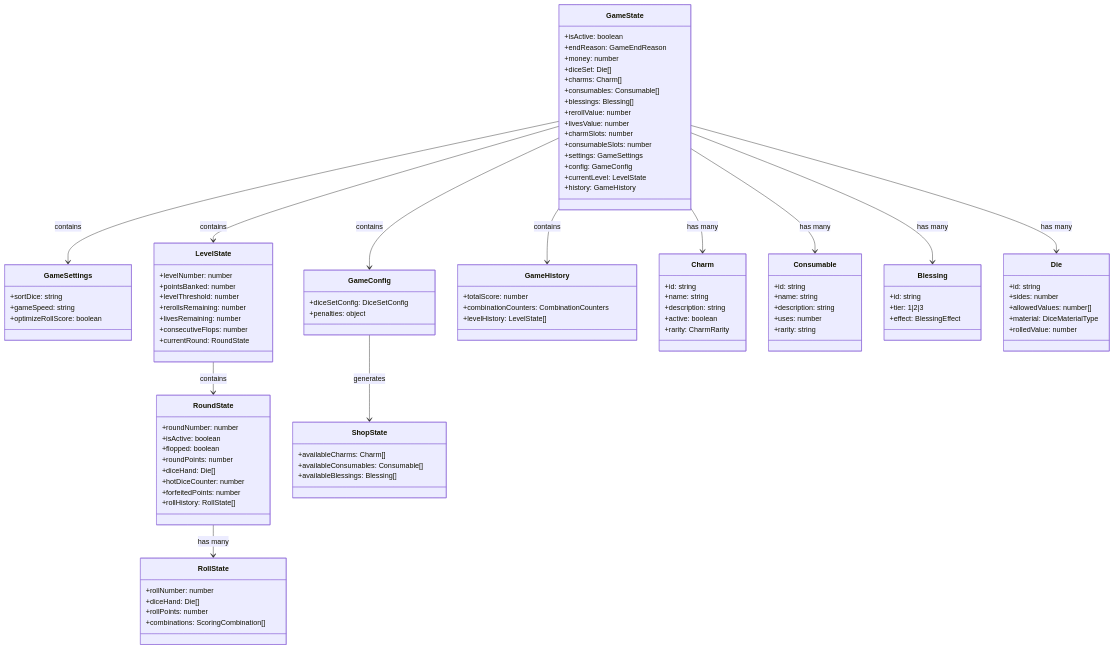
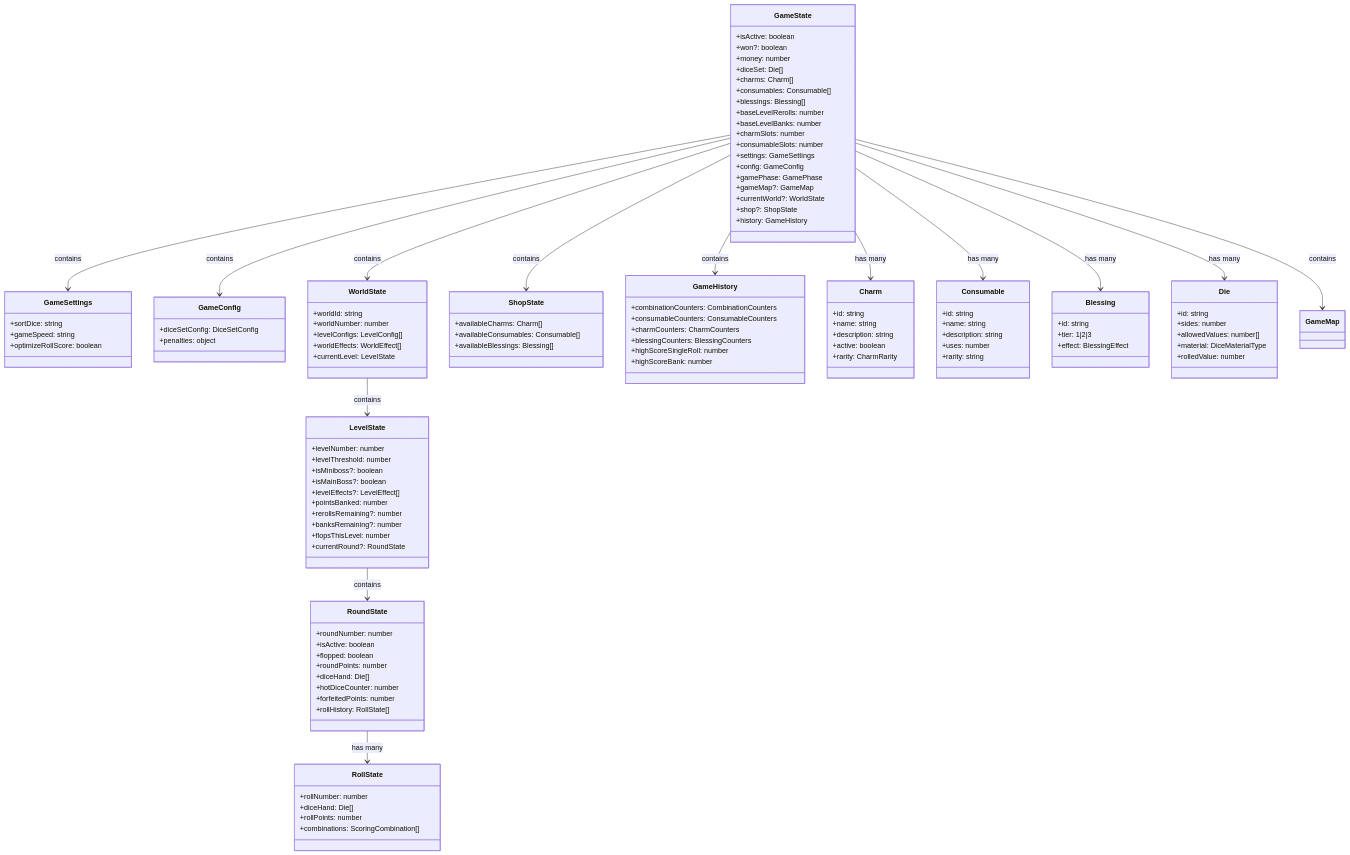
The first of 13 diagrams in docs/architecture/architecture-diagrams.md (bbeaudet-dev/rollio), drawn with Mermaid before and after one commit. The commit also changed other lines of this file and 8 other files, not shown here.

First line of the commit message:
Refactor useConsumableOnDiceSelection and fix reroll button UI

````diff
--- a/docs/architecture/architecture-diagrams.md
+++ b/docs/architecture/architecture-diagrams.md
@@ -8,19 +8,22 @@
 classDiagram
     class GameState {
         +isActive: boolean
-        +endReason: GameEndReason
+        +won?: boolean
         +money: number
         +diceSet: Die[]
         +charms: Charm[]
         +consumables: Consumable[]
         +blessings: Blessing[]
-        +rerollValue: number
-        +livesValue: number
+        +baseLevelRerolls: number
+        +baseLevelBanks: number
         +charmSlots: number
         +consumableSlots: number
         +settings: GameSettings
         +config: GameConfig
-        +currentLevel: LevelState
+        +gamePhase: GamePhase
+        +gameMap?: GameMap
+        +currentWorld?: WorldState
+        +shop?: ShopState
         +history: GameHistory
     }
 
@@ -35,14 +38,25 @@
         +penalties: object
     }
 
+    class WorldState {
+        +worldId: string
+        +worldNumber: number
+        +levelConfigs: LevelConfig[]
+        +worldEffects: WorldEffect[]
+        +currentLevel: LevelState
+    }
+
     class LevelState {
         +levelNumber: number
+        +levelThreshold: number
+        +isMiniboss?: boolean
+        +isMainBoss?: boolean
+        +levelEffects?: LevelEffect[]
         +pointsBanked: number
-        +levelThreshold: number
-        +rerollsRemaining: number
-        +livesRemaining: number
-        +consecutiveFlops: number
-        +currentRound: RoundState
+        +rerollsRemaining?: number
+        +banksRemaining?: number
+        +flopsThisLevel: number
+        +currentRound?: RoundState
     }
 
     class RoundState {
@@ -70,9 +84,12 @@
     }
 
     class GameHistory {
-        +totalScore: number
         +combinationCounters: CombinationCounters
-        +levelHistory: LevelState[]
+        +consumableCounters: ConsumableCounters
+        +charmCounters: CharmCounters
+        +blessingCounters: BlessingCounters
+        +highScoreSingleRoll: number
+        +highScoreBank: number
     }
 
     class Charm {
@@ -107,13 +124,15 @@
 
     GameState --> GameSettings : contains
     GameState --> GameConfig : contains
-    GameState --> LevelState : contains
+    GameState --> GameMap : contains
+    GameState --> WorldState : contains
+    GameState --> ShopState : contains
     GameState --> GameHistory : contains
     GameState --> Charm : has many
     GameState --> Consumable : has many
     GameState --> Blessing : has many
     GameState --> Die : has many
+    WorldState --> LevelState : contains
     LevelState --> RoundState : contains
     RoundState --> RollState : has many
-    GameConfig --> ShopState : generates
 ```
````
